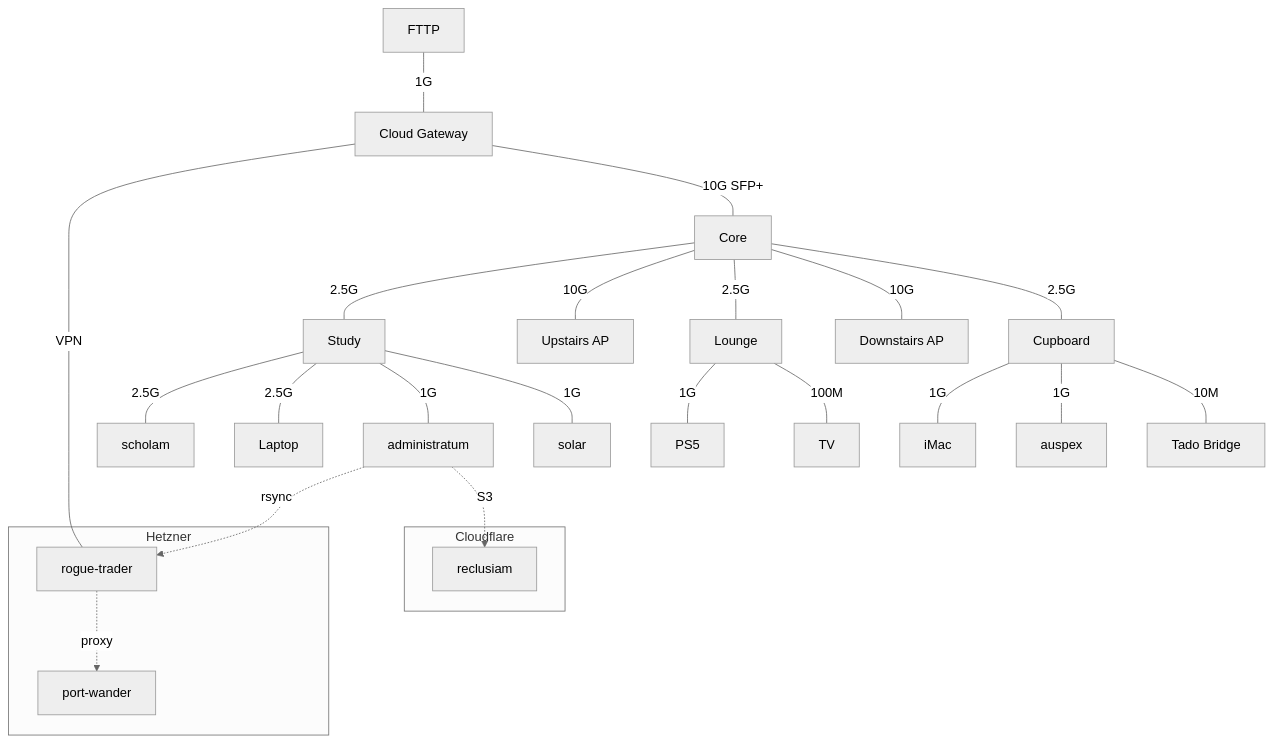
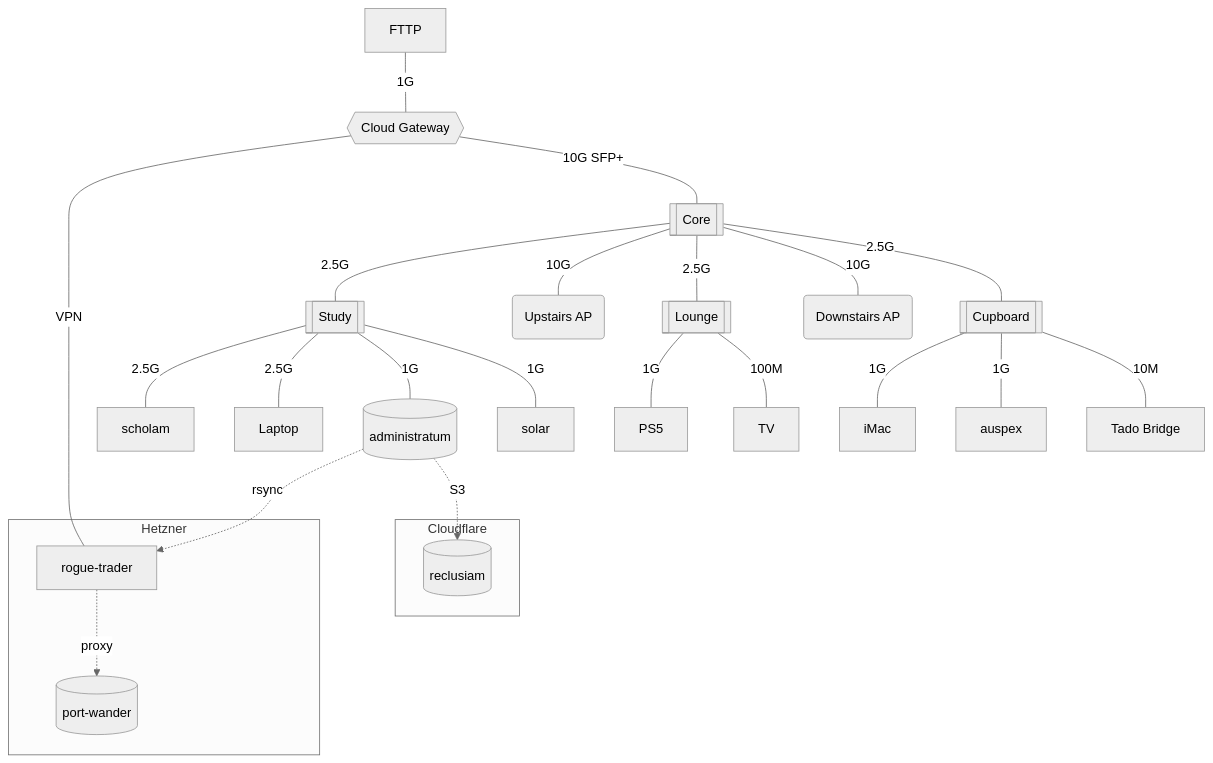
The diagram in README.md (jedimasterjonny/lex-imperialis), drawn with Mermaid (neutral theme) before and after one commit.

Commit message:
docs: give the network diagram a node-shape vocabulary
Every node was a rectangle, so device class was carried only by the
label and the switches read as room names. Shape now says it: hexagon
for the gateway, subroutine for a switch, rounded for an AP, cylinder
for a store, plain for everything else.

administratum is a cylinder too. It is the fleet's primary array and the
source of both off-site copies, so drawing it identically to the TV
while port-wander and reclusiam were cylinders made the vocabulary lie
about the one node the backup edges leave from.

Cosmetic and separable, so it is not in the commit that added the
overlay.

Claude-Session: https://claude.ai/code/session_01QKBtJ3Wpuc7fMXtQLCEWgE

````diff
--- a/README.md
+++ b/README.md
@@ -54,38 +54,38 @@
 ```mermaid
 flowchart TD
-  fttp[FTTP] ---|1G| gw[Cloud Gateway]
+  fttp[FTTP] ---|1G| gw{{Cloud Gateway}}
 
   subgraph Hetzner
     rogue[rogue-trader]
-    pw[port-wander]
+    pw[(port-wander)]
   end
 
   subgraph Cloudflare
-    reclusiam[reclusiam]
+    reclusiam[(reclusiam)]
   end
 
   gw ---|VPN| rogue
-  gw ---|10G SFP+| core[Core]
+  gw ---|10G SFP+| core[[Core]]
 
-  core ---|2.5G| study[Study]
-  core ---|10G| apu[Upstairs AP]
-  core ---|2.5G| lounge[Lounge]
-  core ---|10G| apd[Downstairs AP]
-  core ---|2.5G| cupboard[Cupboard]
+  core ---|2.5G| study[[Study]]
+  core ---|10G| apu(Upstairs AP)
+  core ---|2.5G| lounge[[Lounge]]
+  core ---|10G| apd(Downstairs AP)
+  core ---|2.5G| cupboard[[Cupboard]]
 
   study ---|2.5G| scholam[scholam]
   study ---|2.5G| laptop[Laptop]
-  study ---|1G| nas[administratum]
+  study ---|1G| nas[(administratum)]
   study ---|1G| solar[solar]
 
   lounge ---|1G| ps5[PS5]
   lounge ---|100M| tv[TV]
 
   cupboard ---|1G| imac[iMac]
   cupboard ---|1G| auspex[auspex]
   cupboard ---|10M| tado[Tado Bridge]
 
   nas -.->|rsync| rogue
   nas -.->|S3| reclusiam
   rogue -.->|proxy| pw
 ```
````
